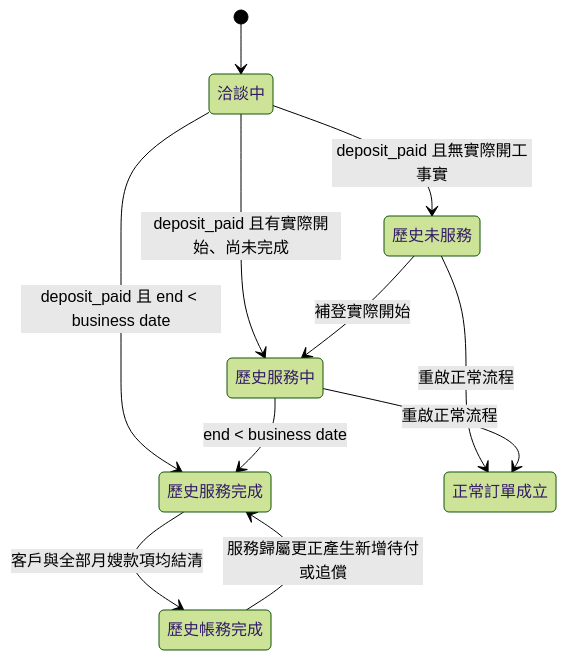
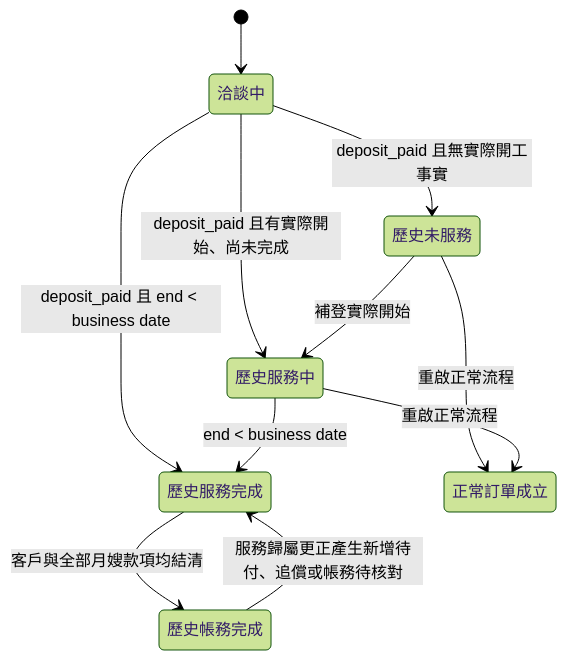
One commit to chrishzc/Labor_union changed the diagram in document/架構重整/01_規格基線/27_歷史訂單生命週期與服務天數帳務正式規格.md. Above: the diagram before and after it, drawn with Mermaid (forest theme). The commit also changed other lines of this file and 42 other files, not shown here.

````diff
--- a/document/架構重整/01_規格基線/27_歷史訂單生命週期與服務天數帳務正式規格.md
+++ b/document/架構重整/01_規格基線/27_歷史訂單生命週期與服務天數帳務正式規格.md
@@ -49,13 +49,13 @@
 ```mermaid
 stateDiagram-v2
     [*] --> 洽談中
     洽談中 --> 歷史未服務: deposit_paid 且無實際開工事實
     洽談中 --> 歷史服務中: deposit_paid 且有實際開始、尚未完成
     洽談中 --> 歷史服務完成: deposit_paid 且 end < business date
     歷史未服務 --> 歷史服務中: 補登實際開始
     歷史服務中 --> 歷史服務完成: end < business date
     歷史服務完成 --> 歷史帳務完成: 客戶與全部月嫂款項均結清
-    歷史帳務完成 --> 歷史服務完成: 服務歸屬更正產生新增待付或追償
+    歷史帳務完成 --> 歷史服務完成: 服務歸屬更正產生新增待付、追償或帳務待核對
     歷史未服務 --> 正常訂單成立: 重啟正常流程
     歷史服務中 --> 正常訂單成立: 重啟正常流程
 ```
````
